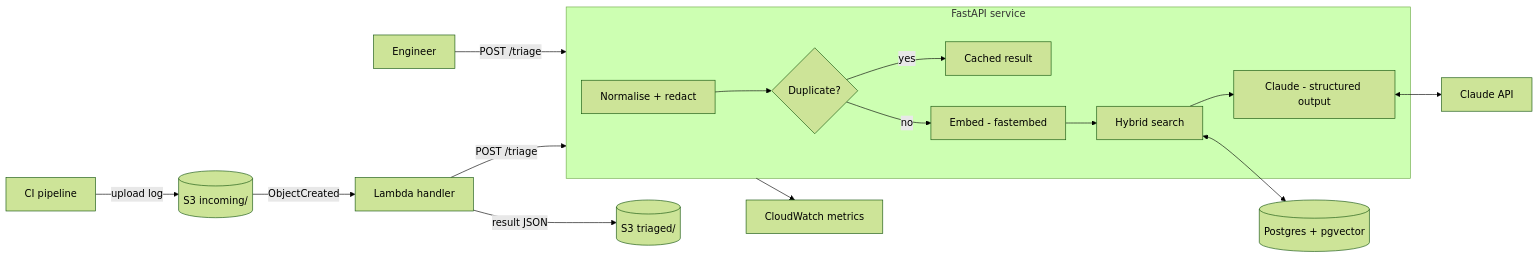
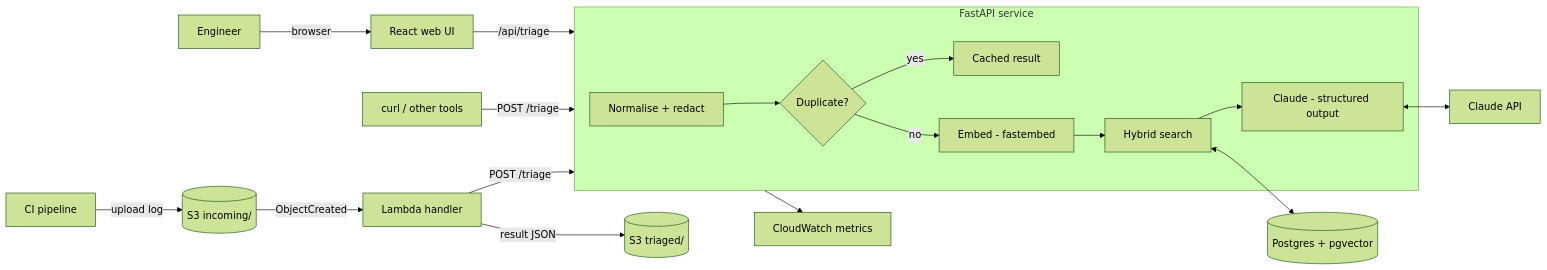
One commit to Awesomeav23/incident-triage-assistant changed the diagram in docs/ARCHITECTURE.md. Above: the diagram before and after it, drawn with Mermaid (forest theme). The commit also changed other lines of this file and 6 other files, not shown here.

````diff
--- a/docs/ARCHITECTURE.md
+++ b/docs/ARCHITECTURE.md
@@ -5,20 +5,22 @@
 ```mermaid
 flowchart LR
-    Eng[Engineer] -->|POST /triage| API
+    Eng[Engineer] -->|browser| UI[React web UI]
+    UI -->|/api/triage| API
+    CLI[curl / other tools] -->|POST /triage| API
     CI[CI pipeline] -->|upload log| S3[(S3 incoming/)]
     S3 -->|ObjectCreated| L[Lambda handler]
     L -->|POST /triage| API
     L -->|result JSON| S3R[(S3 triaged/)]
 
     subgraph API[FastAPI service]
       N[Normalise + redact] --> D{Duplicate?}
       D -->|yes| C[Cached result]
       D -->|no| E[Embed - fastembed]
       E --> R[Hybrid search]
       R --> LLM[Claude - structured output]
     end
 
     R <--> PG[(Postgres + pgvector)]
     LLM <--> Claude[Claude API]
     API --> CW[CloudWatch metrics]
 ```
````
